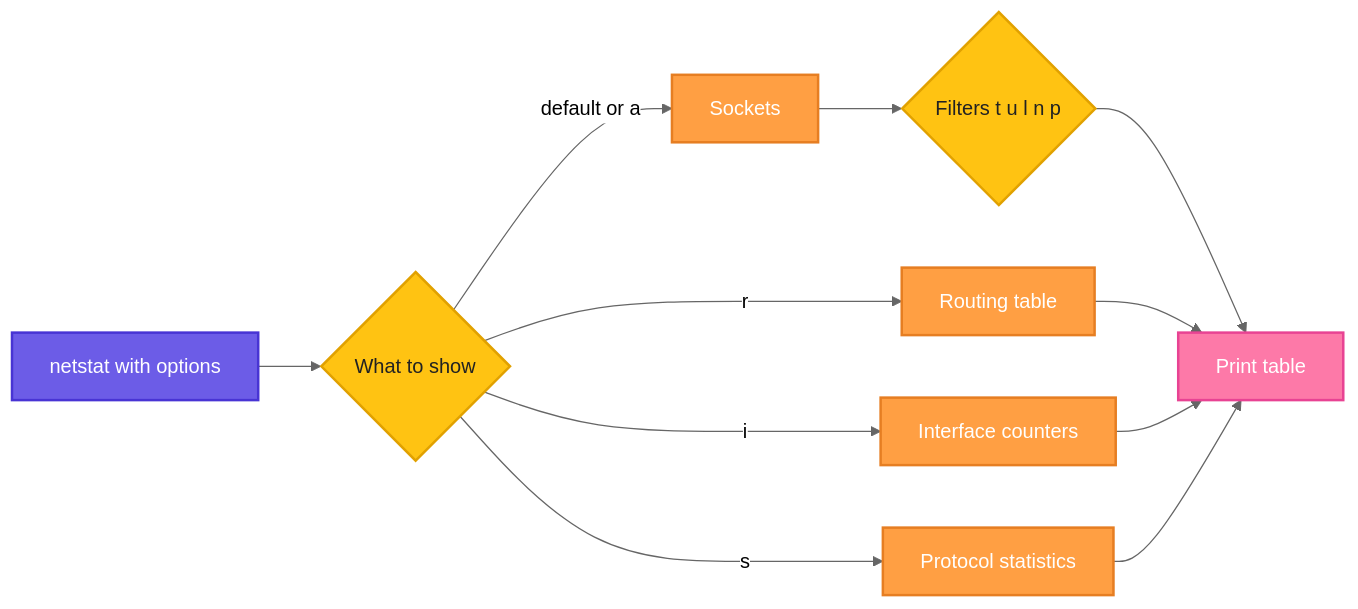
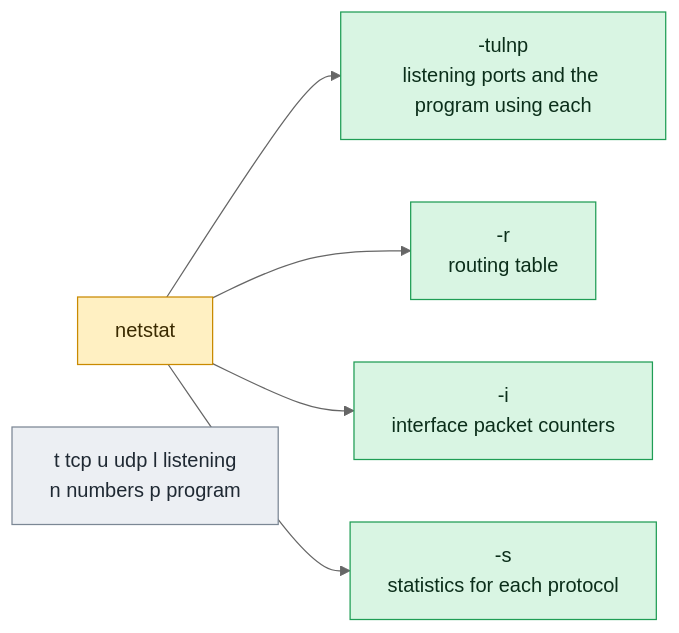
Before and after one commit to codeKerdosTech/DevOps-Documentation: the diagram in linux/networking/netstat.md, drawn with Mermaid (neutral theme). The commit also changed other lines of this file and 165 other files, not shown here.

Commit message:
updated diagrams in linux

````diff
--- a/linux/networking/netstat.md
+++ b/linux/networking/netstat.md
@@ -14,24 +14,16 @@
 ```mermaid
 flowchart LR
-    A[netstat with options] --> B{What to show}
-    B -->|default or a| C[Sockets]
-    B -->|r| D[Routing table]
-    B -->|i| E[Interface counters]
-    B -->|s| F[Protocol statistics]
-    C --> G{Filters t u l n p}
-    G --> H[Print table]
-    D --> H
-    E --> H
-    F --> H
-    classDef start fill:#6C5CE7,stroke:#4834D4,stroke-width:2px,color:#fff
-    classDef proc fill:#00B8D9,stroke:#0087A8,stroke-width:2px,color:#fff
-    classDef dec fill:#FFC312,stroke:#E1A100,stroke-width:2px,color:#222
-    classDef ok fill:#2ECC71,stroke:#1E8449,stroke-width:2px,color:#fff
-    classDef err fill:#FF4757,stroke:#C0392B,stroke-width:2px,color:#fff
-    classDef out fill:#FD79A8,stroke:#E84393,stroke-width:2px,color:#fff
-    classDef alt fill:#FF9F43,stroke:#E67E22,stroke-width:2px,color:#fff
-    class A start
-    class B,G dec
-    class C,D,E,F alt
-    class H out
+    c1[netstat] --> o1[-tulnp<br/>listening ports and the program using each]
+    c1 --> o2[-r<br/>routing table]
+    c1 --> o3[-i<br/>interface packet counters]
+    c1 --> o4[-s<br/>statistics for each protocol]
+    n1[t tcp   u udp   l listening<br/>n numbers   p program]
+    classDef inp fill:#DCEBFF,stroke:#2F6FDE,color:#10213F
+    classDef cmd fill:#FFF0C2,stroke:#C98A00,color:#3A2A00
+    classDef out fill:#D9F5E3,stroke:#1F9D55,color:#0B2E1A
+    classDef bad fill:#FDE0E0,stroke:#D13B3B,color:#4A0F0F
+    classDef note fill:#ECEFF3,stroke:#7B8794,color:#1F2933
+    class c1 cmd
+    class o1,o2,o3,o4 out
+    class n1 note
 ```
````
